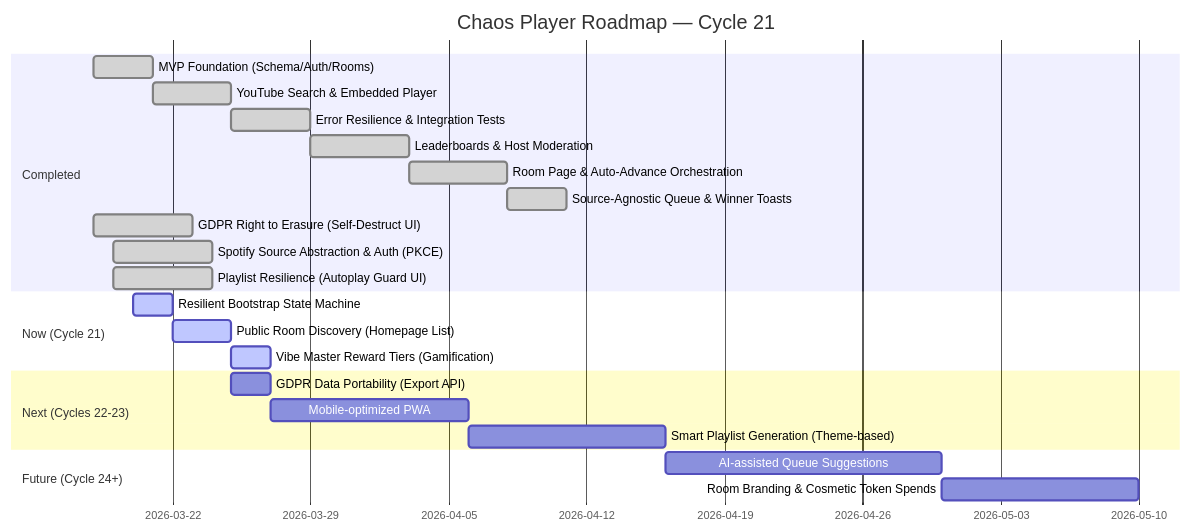
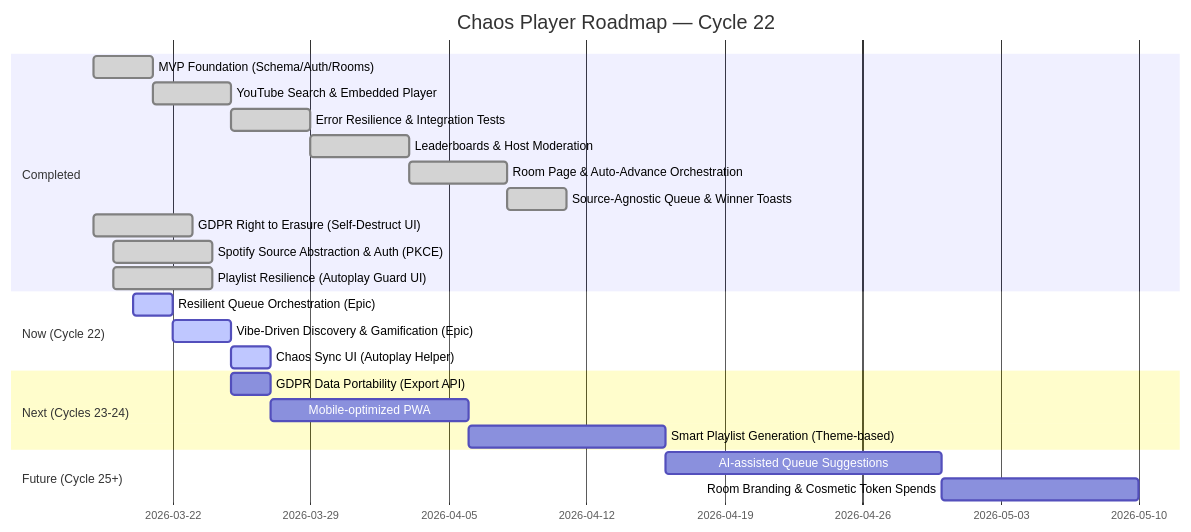
Before and after one commit to akozma89/chaos-player: the diagram in ROADMAP.md, drawn with Mermaid. The commit also changed other lines of this file and 15 other files, not shown here.

Commit message:
feat(core): implement resilient bootstrap v2, chaos sync UI, and multi-tier rewards

````diff
--- a/ROADMAP.md
+++ b/ROADMAP.md
@@ -3,30 +3,30 @@
 ```mermaid
 gantt
-  title Chaos Player Roadmap — Cycle 21
+  title Chaos Player Roadmap — Cycle 22
   dateFormat YYYY-MM-DD
 
   section Completed
     MVP Foundation (Schema/Auth/Rooms)          :done, c1, 2026-03-18, 3d
     YouTube Search & Embedded Player            :done, c2, after c1, 4d
     Error Resilience & Integration Tests        :done, c3, after c2, 4d
     Leaderboards & Host Moderation              :done, c4, after c3, 5d
     Room Page & Auto-Advance Orchestration      :done, c5, after c4, 5d
     Source-Agnostic Queue & Winner Toasts       :done, c6, after c5, 3d
     GDPR Right to Erasure (Self-Destruct UI)    :done, c7, 2026-03-18, 5d
     Spotify Source Abstraction & Auth (PKCE)    :done, c18, 2026-03-19, 5d
     Playlist Resilience (Autoplay Guard UI)     :done, c19, 2026-03-19, 5d
 
-  section Now (Cycle 21)
-    Resilient Bootstrap State Machine           :active, c21-1, 2026-03-20, 2d
-    Public Room Discovery (Homepage List)       :active, c21-2, after c21-1, 3d
-    Vibe Master Reward Tiers (Gamification)     :active, c21-3, after c21-2, 2d
+  section Now (Cycle 22)
+    Resilient Queue Orchestration (Epic)        :active, c22-1, 2026-03-20, 2d
+    Vibe-Driven Discovery & Gamification (Epic) :active, c22-2, after c22-1, 3d
+    Chaos Sync UI (Autoplay Helper)             :active, c22-3, after c22-2, 2d
 
-  section Next (Cycles 22-23)
+  section Next (Cycles 23-24)
     GDPR Data Portability (Export API)          :next1, 2026-03-25, 2d
     Mobile-optimized PWA                        :next2, after next1, 10d
     Smart Playlist Generation (Theme-based)     :next3, after next2, 10d
 
-  section Future (Cycle 24+)
+  section Future (Cycle 25+)
     AI-assisted Queue Suggestions               :future1, after next3, 14d
     Room Branding & Cosmetic Token Spends       :future2, after future1, 10d
 ```
````
